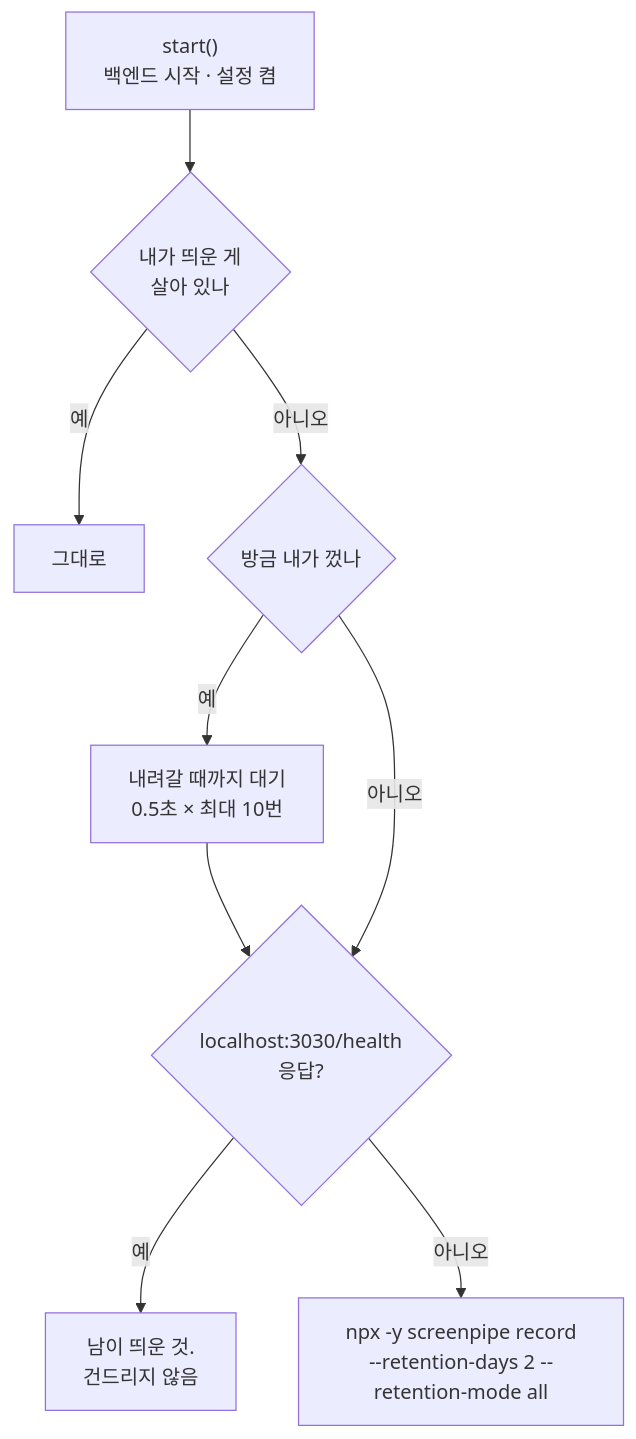
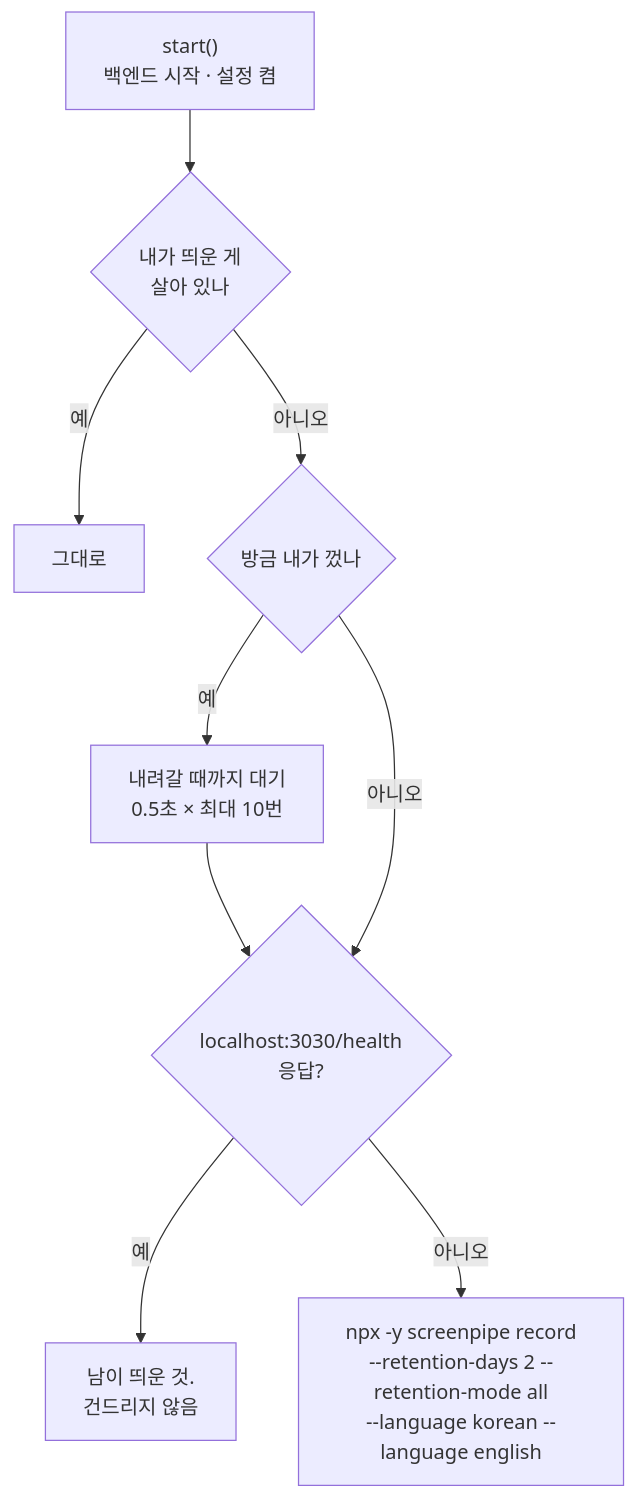
Before and after one commit to HEOSEONGILml/AssistantChatBot: diagram 16 of 19 in ARCHITECTURE.md, drawn with Mermaid. The commit also changed other lines of this file and 5 other files, not shown here.

````diff
--- a/ARCHITECTURE.md
+++ b/ARCHITECTURE.md
@@ -598,10 +598,10 @@
 ```mermaid
 flowchart TB
   START["start()<br>백엔드 시작 · 설정 켬"] --> MINE{"내가 띄운 게<br>살아 있나"}
   MINE -->|"예"| KEEP["그대로"]
   MINE -->|"아니오"| JUST{"방금 내가 껐나"}
   JUST -->|"예"| WAIT["내려갈 때까지 대기<br>0.5초 × 최대 10번"] --> H
   JUST -->|"아니오"| H{"localhost:3030/health<br>응답?"}
   H -->|"예"| OTHER["남이 띄운 것.<br>건드리지 않음"]
-  H -->|"아니오"| SPAWN["npx -y screenpipe record<br>--retention-days 2 --retention-mode all"]
+  H -->|"아니오"| SPAWN["npx -y screenpipe record<br>--retention-days 2 --retention-mode all<br>--language korean --language english"]
 ```
````
